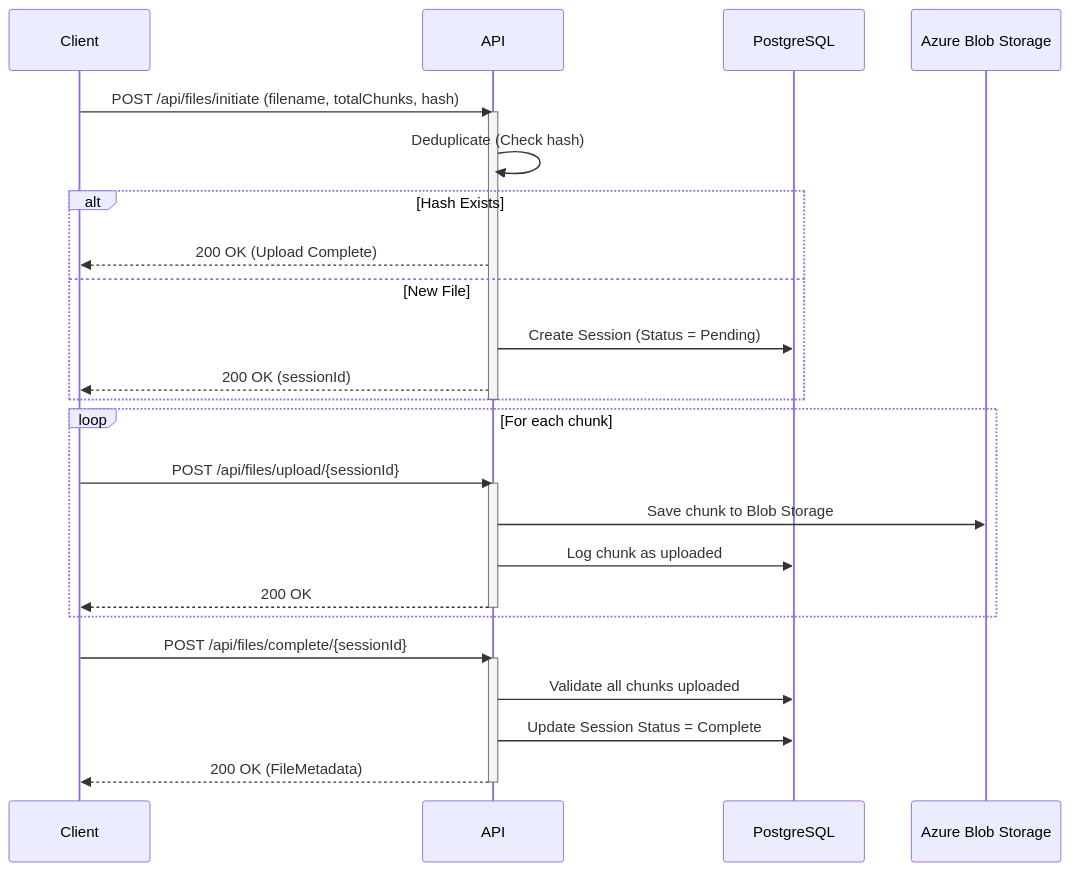
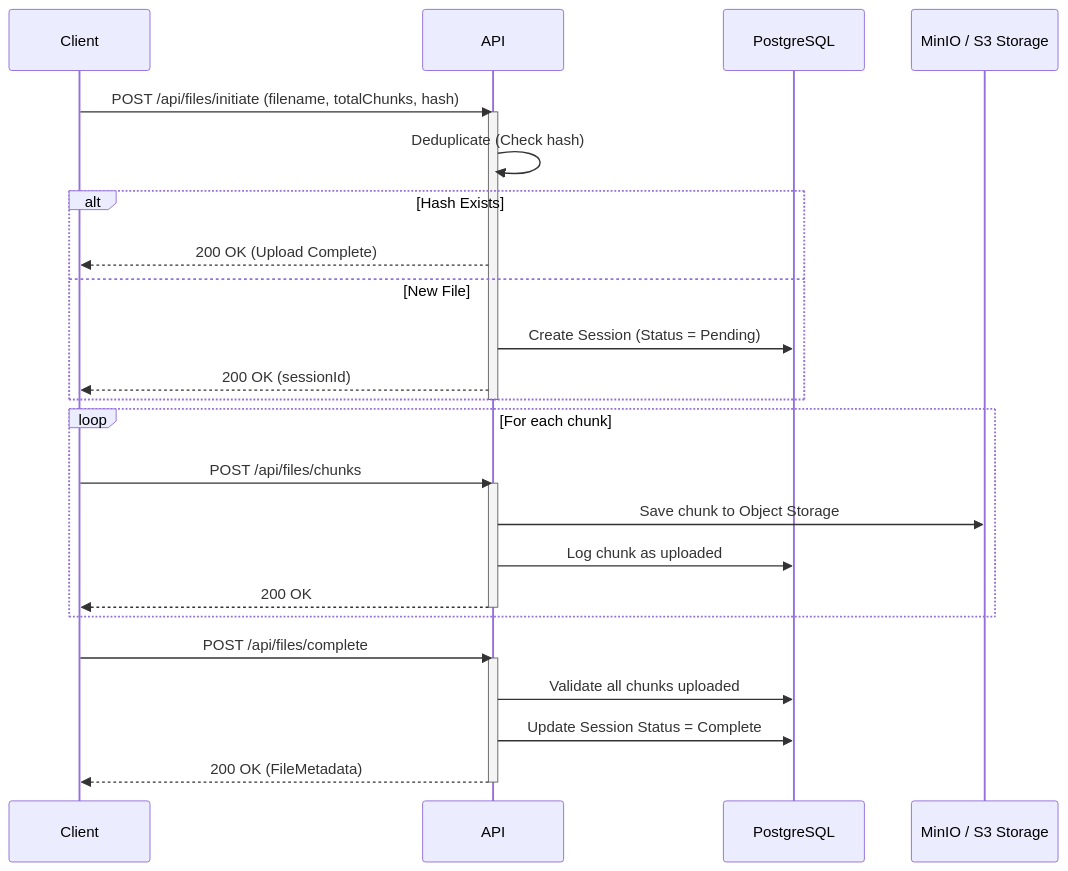
Before and after one commit to JaiminVadadoriya/Distributed-Cloud-Storage---Sync-Platform: the third of 6 diagrams in docs/SYSTEM_DIAGRAMS.md, drawn with Mermaid. The commit also changed other lines of this file and 6 other files, not shown here.

Commit message:
docs: add documentation for API, architecture, design, and system diagrams, and include test report assets

````diff
--- a/docs/SYSTEM_DIAGRAMS.md
+++ b/docs/SYSTEM_DIAGRAMS.md
@@ -58,34 +74,34 @@
 ```mermaid
 sequenceDiagram
     participant Client
     participant API
     participant DB as PostgreSQL
-    participant Blob as Azure Blob Storage
+    participant Storage as MinIO / S3 Storage
 
     Client->>API: POST /api/files/initiate (filename, totalChunks, hash)
     activate API
     API->>API: Deduplicate (Check hash)
     alt Hash Exists
         API-->>Client: 200 OK (Upload Complete)
     else New File
         API->>DB: Create Session (Status = Pending)
         API-->>Client: 200 OK (sessionId)
     end
     deactivate API
 
     loop For each chunk
-        Client->>API: POST /api/files/upload/{sessionId}
+        Client->>API: POST /api/files/chunks
         activate API
-        API->>Blob: Save chunk to Blob Storage
+        API->>Storage: Save chunk to Object Storage
         API->>DB: Log chunk as uploaded
         API-->>Client: 200 OK
         deactivate API
     end
 
-    Client->>API: POST /api/files/complete/{sessionId}
+    Client->>API: POST /api/files/complete
     activate API
     API->>DB: Validate all chunks uploaded
     API->>DB: Update Session Status = Complete
     API-->>Client: 200 OK (FileMetadata)
     deactivate API
 ```
````
